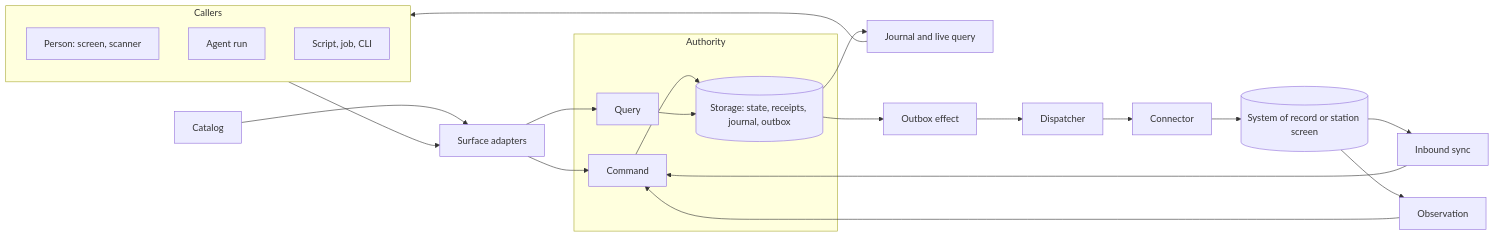
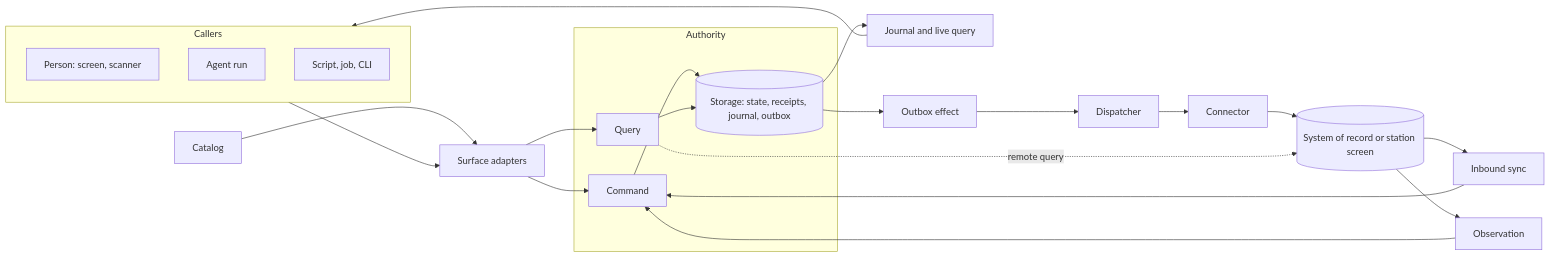
One commit to wisdomousai/tortoise changed the diagram in docs/primitives.md. Above: the diagram before and after it, drawn with Mermaid. The commit also changed other lines of this file and 98 other files, not shown here.

````diff
--- a/docs/primitives.md
+++ b/docs/primitives.md
@@ -9,21 +9,22 @@
 ```mermaid
 flowchart LR
   subgraph Callers
     Person[Person: screen, scanner]
     Agent[Agent run]
     Script[Script, job, CLI]
   end
   Catalog[Catalog] --> Surface
   Callers --> Surface[Surface adapters]
   Surface --> Command
   Surface --> Query
   subgraph Authority
     Command --> Store[(Storage: state, receipts, journal, outbox)]
     Query --> Store
   end
   Store --> Live[Journal and live query] --> Callers
   Store --> Outbox[Outbox effect] --> Dispatcher --> Connector
   Connector --> External[(System of record or station screen)]
   External --> Inbound[Inbound sync] --> Command
+  Query -. remote query .-> External
   External --> Observation --> Command
 ```
````
